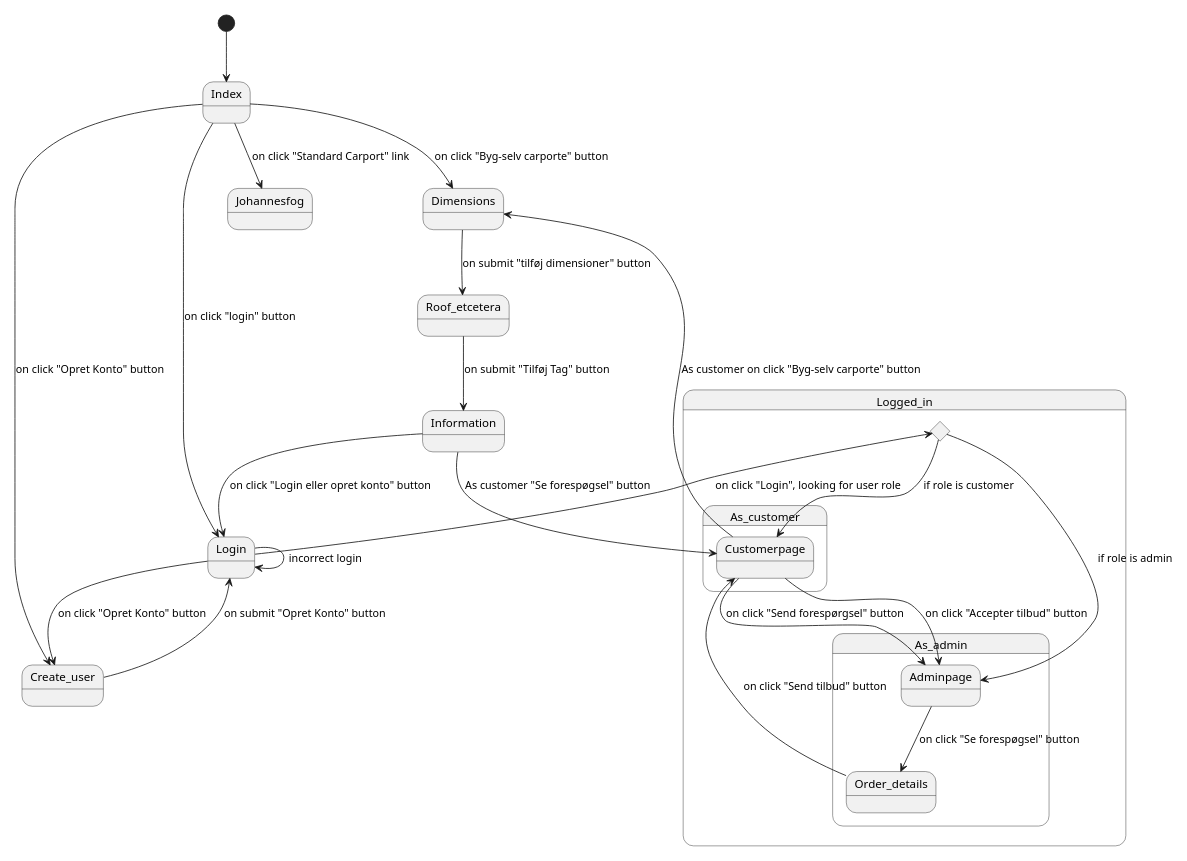
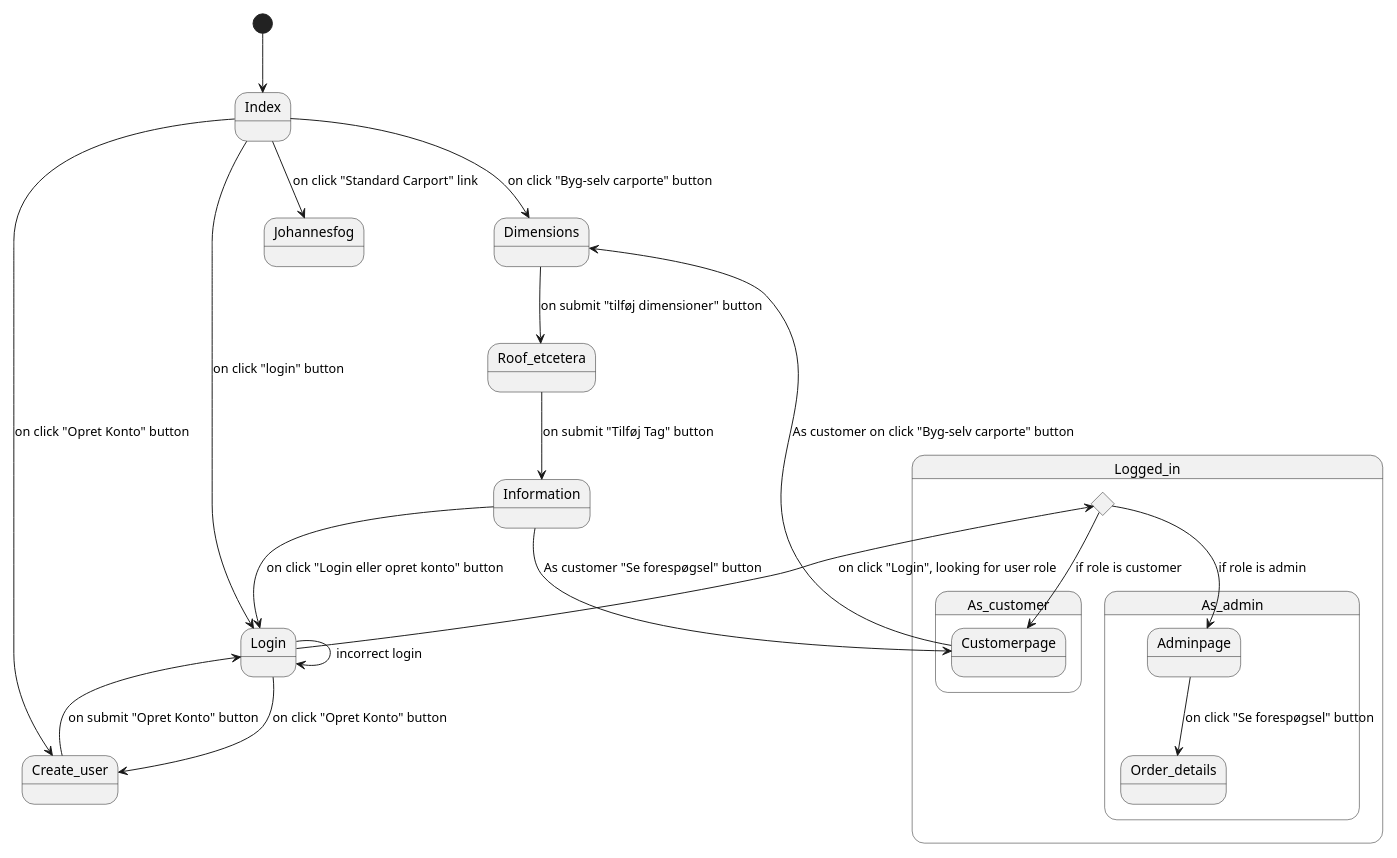
One commit to FruSchwencke/Fog_2024 changed the diagram in src/main/resources/persistance/NavigationProjectStart.puml. Above: the diagram before and after it, drawn with PlantUML. The commit also changed 1 other file, not shown here.

```diff
--- a/src/main/resources/persistance/NavigationProjectStart.puml
+++ b/src/main/resources/persistance/NavigationProjectStart.puml
@@ -1,38 +1,35 @@
 @startuml
 'https://plantuml.com/state-diagram
 
 scale 600 width
 scale 600 height
 
 [*] --> Index
 Index --> Login : on click "login" button
 Index --> Create_user : on click "Opret Konto" button
 Index --> Johannesfog : on click "Standard Carport" link
 Index --> Dimensions :on click "Byg-selv carporte" button
 
 Create_user --> Login : on submit "Opret Konto" button
 Login --> Create_user : on click "Opret Konto" button
 Login --> Login : incorrect login
 
 state Logged_in {
 state c <<choice>>
 Login --> c : on click "Login", looking for user role
 state As_customer {
 c --> Customerpage :if role is customer
 }
 state As_admin {
 c --> Adminpage : if role is admin
 Adminpage --> Order_details : on click "Se forespøgsel" button
 
 }
 }
 
 Dimensions --> Roof_etcetera : on submit "tilføj dimensioner" button
 Roof_etcetera --> Information : on submit "Tilføj Tag" button
 Information --> Login : on click "Login eller opret konto" button
 Customerpage --> Dimensions : As customer on click "Byg-selv carporte" button
-Order_details --> Customerpage : on click "Send tilbud" button
-Customerpage --> Adminpage : on click "Accepter tilbud" button
-Customerpage --> Adminpage : on click "Send forespørgsel" button
 Information --> Customerpage : As customer "Se forespøgsel" button
 @enduml
```
